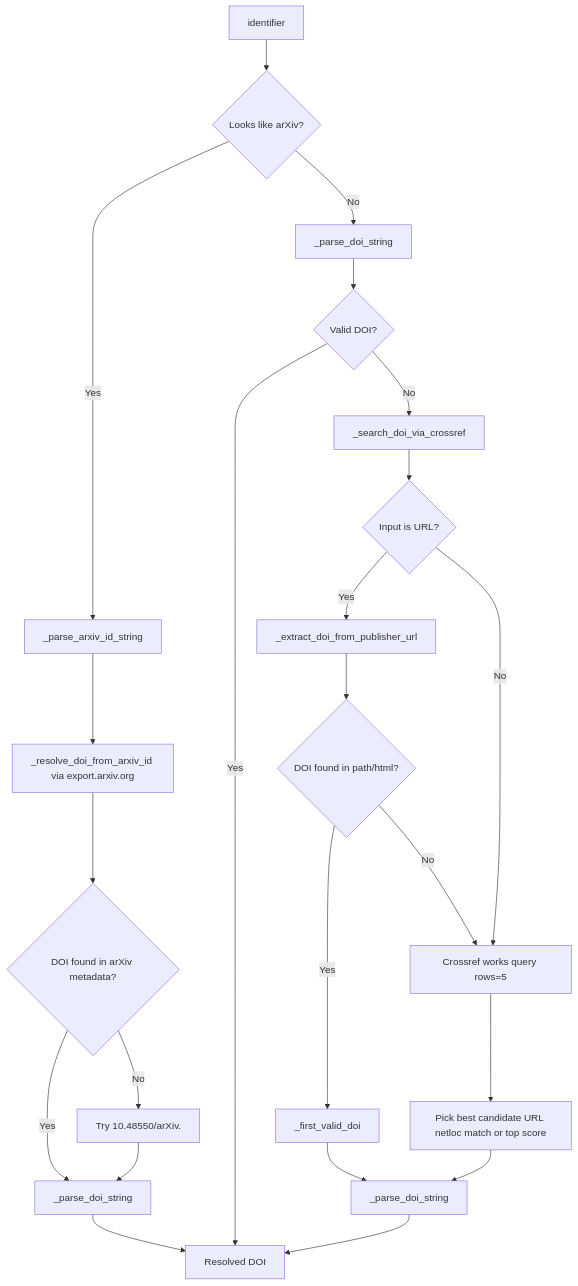
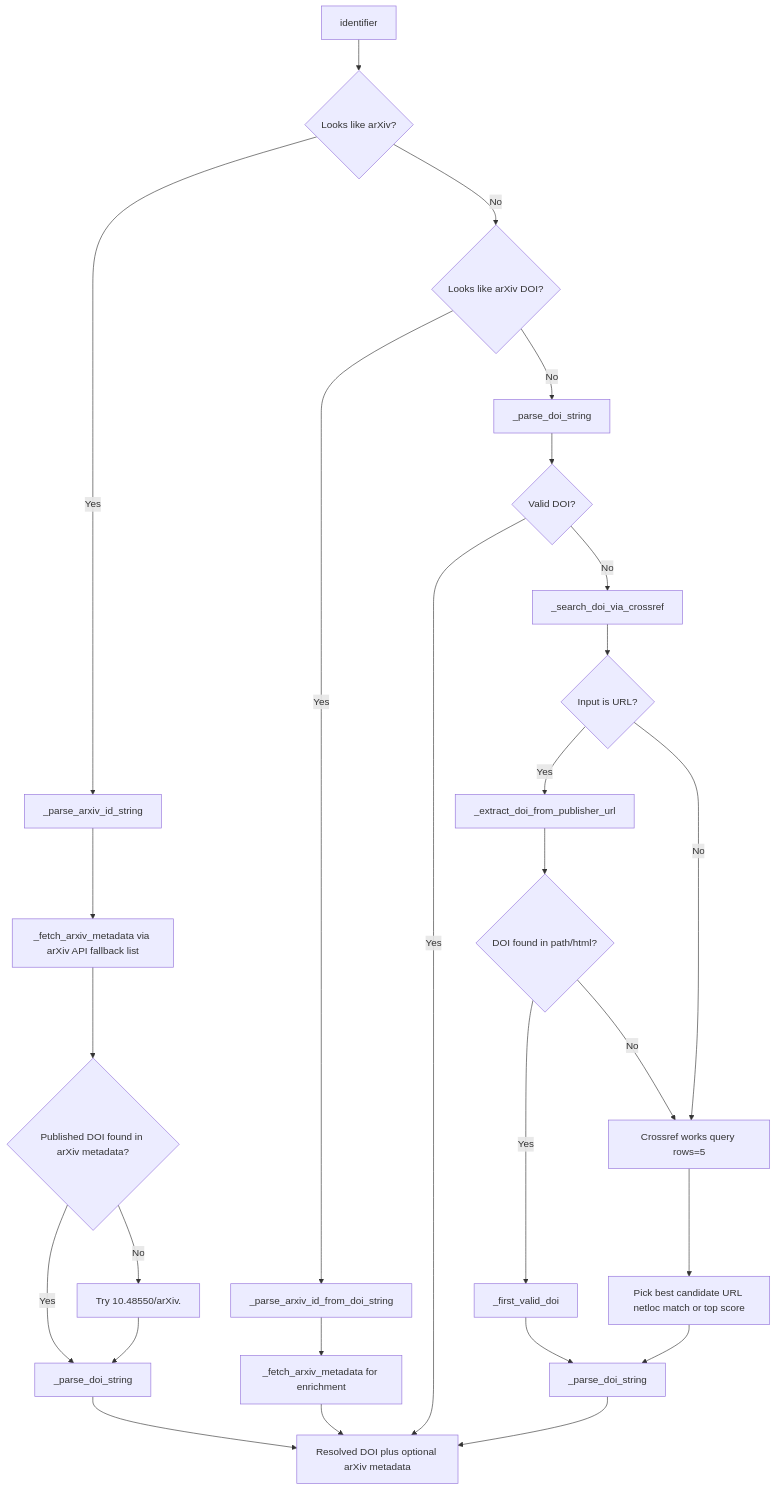
Before and after one commit to archisman-panigrahi/doi2bib3: the second of 4 diagrams in docs/ALGORITHM_VISUALS.md, drawn with Mermaid. The commit also changed other lines of this file and 1 other file, not shown here.

````diff
--- a/docs/ALGORITHM_VISUALS.md
+++ b/docs/ALGORITHM_VISUALS.md
@@ -24,27 +24,32 @@
 ```mermaid
 flowchart TD
     A[identifier] --> B{Looks like arXiv?}
     B -->|Yes| C[_parse_arxiv_id_string]
-    C --> D[_resolve_doi_from_arxiv_id via export.arxiv.org]
-    D --> E{DOI found in arXiv metadata?}
+    C --> D[_fetch_arxiv_metadata via arXiv API fallback list]
+    D --> E{Published DOI found in arXiv metadata?}
     E -->|Yes| F[_parse_doi_string]
     E -->|No| G[Try 10.48550/arXiv.<id_without_version>]
     G --> F
 
-    B -->|No| H[_parse_doi_string]
-    H --> I{Valid DOI?}
-    I -->|Yes| Z[Resolved DOI]
-    I -->|No| J[_search_doi_via_crossref]
+    B -->|No| H{Looks like arXiv DOI?}
+    H -->|Yes| I[_parse_arxiv_id_from_doi_string]
+    I --> J[_fetch_arxiv_metadata for enrichment]
+    J --> Z[Resolved DOI plus optional arXiv metadata]
 
-    J --> K{Input is URL?}
-    K -->|Yes| L[_extract_doi_from_publisher_url]
-    L --> M{DOI found in path/html?}
-    M -->|Yes| N[_first_valid_doi]
-    M -->|No| O[Crossref works query rows=5]
-    K -->|No| O
-    O --> P[Pick best candidate URL netloc match or top score]
-    P --> Q[_parse_doi_string]
-    N --> Q
+    H -->|No| K[_parse_doi_string]
+    K --> L{Valid DOI?}
+    L -->|Yes| Z
+    L -->|No| M[_search_doi_via_crossref]
+
+    M --> N{Input is URL?}
+    N -->|Yes| O[_extract_doi_from_publisher_url]
+    O --> P{DOI found in path/html?}
+    P -->|Yes| Q[_first_valid_doi]
+    P -->|No| R[Crossref works query rows=5]
+    N -->|No| R
+    R --> S[Pick best candidate URL netloc match or top score]
+    S --> T[_parse_doi_string]
+    Q --> T
     F --> Z
-    Q --> Z
+    T --> Z
 ```
````
